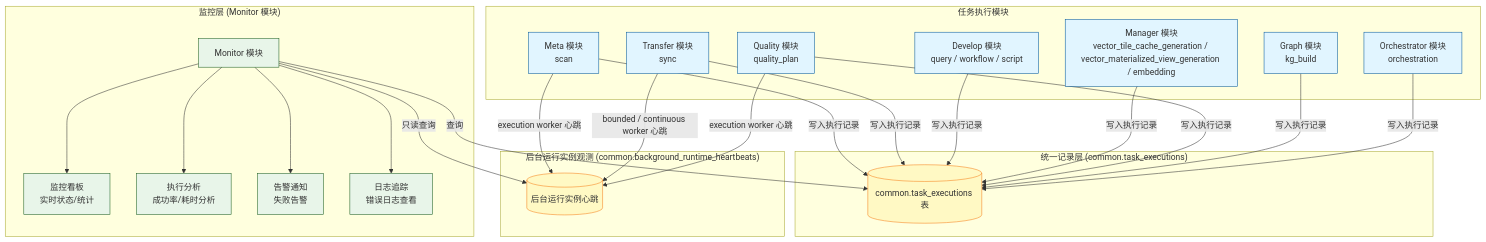
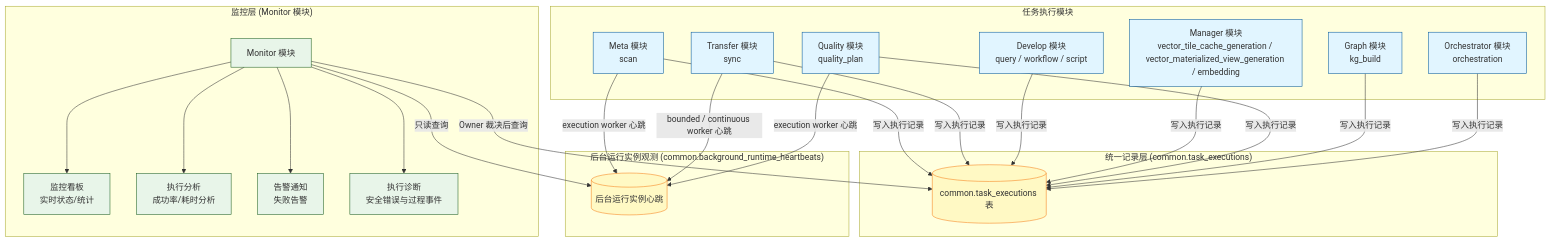
One commit to pampa0629/addp changed the diagram in docs/concepts/monitoring/执行架构与存储.md. Above: the diagram before and after it, drawn with Mermaid. The commit also changed other lines of this file and 1 other file, not shown here.

Commit message:
docs(monitor): centralize execution storage and diagram boundaries

````diff
--- a/docs/concepts/monitoring/执行架构与存储.md
+++ b/docs/concepts/monitoring/执行架构与存储.md
@@ -21,50 +17,50 @@
 ```mermaid
 graph TB
     subgraph "任务执行模块"
         Meta[Meta 模块<br/>scan]
         Transfer[Transfer 模块<br/>sync]
         Develop[Develop 模块<br/>query / workflow / script]
         Manager[Manager 模块<br/>vector_tile_cache_generation / vector_materialized_view_generation / embedding]
         Quality[Quality 模块<br/>quality_plan]
         Graph[Graph 模块<br/>kg_build]
         Orchestrator[Orchestrator 模块<br/>orchestration]
     end
 
     subgraph "统一记录层 (common.task_executions)"
         TaskExec[(common.task_executions 表)]
 
         Meta --> |写入执行记录| TaskExec
         Transfer --> |写入执行记录| TaskExec
         Develop --> |写入执行记录| TaskExec
         Manager --> |写入执行记录| TaskExec
         Quality --> |写入执行记录| TaskExec
         Graph --> |写入执行记录| TaskExec
         Orchestrator --> |写入执行记录| TaskExec
     end
 
     subgraph "后台运行实例观测 (common.background_runtime_heartbeats)"
         RuntimeHeartbeat[(后台运行实例心跳)]
         Meta --> |execution worker 心跳| RuntimeHeartbeat
         Transfer --> |bounded / continuous worker 心跳| RuntimeHeartbeat
         Quality --> |execution worker 心跳| RuntimeHeartbeat
     end
 
     subgraph "监控层 (Monitor 模块)"
         Monitor[Monitor 模块]
 
-        Monitor --> |查询| TaskExec
+        Monitor --> |Owner 裁决后查询| TaskExec
         Monitor --> |只读查询| RuntimeHeartbeat
         Monitor --> Dashboard[监控看板<br/>实时状态/统计]
         Monitor --> Analysis[执行分析<br/>成功率/耗时分析]
         Monitor --> Alert[告警通知<br/>失败告警]
-        Monitor --> Log[日志追踪<br/>错误日志查看]
+        Monitor --> Log[执行诊断<br/>安全错误与过程事件]
     end
 
     classDef module fill:#e1f5ff,stroke:#01579b
     classDef storage fill:#fff9c4,stroke:#f57f17
     classDef monitor fill:#e8f5e9,stroke:#1b5e20
 
     class Meta,Transfer,Develop,Manager,Quality,Graph,Orchestrator module
     class TaskExec,RuntimeHeartbeat storage
     class Monitor,Dashboard,Analysis,Alert,Log monitor
 ```
````
